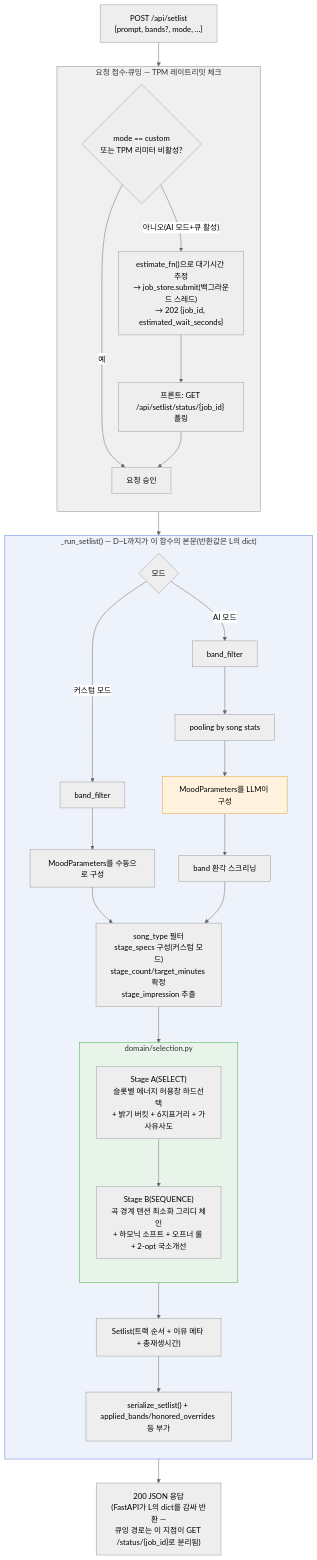
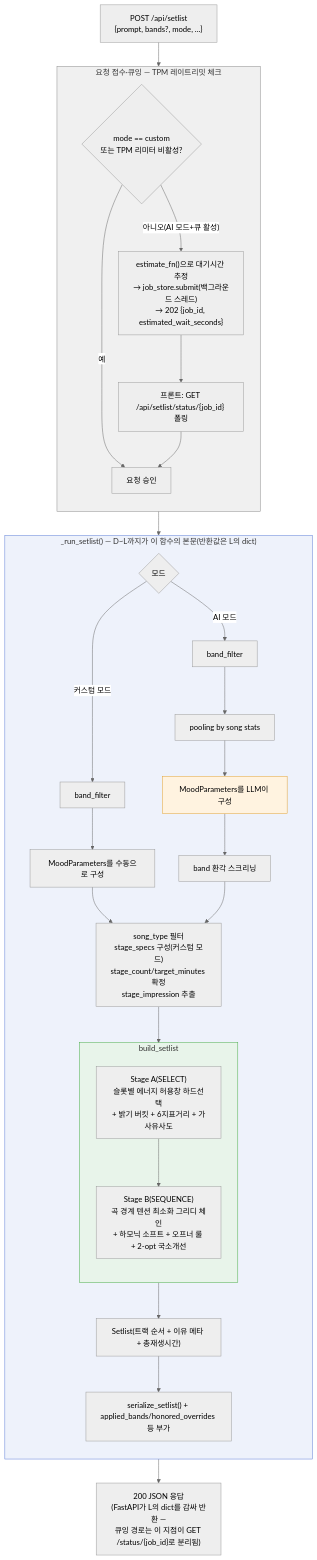
One commit to sbb2002/bandori-playlist-maker changed the first of 2 diagrams in archive/version/v2/01-prompt-to-playlist-flow.md. Above: the diagram before and after it, drawn with Mermaid (neutral theme).

Commit message:
docs(v2-flow): SEL 서브그래프 라벨을 'build_setlist'로 정정(이전 'domain/selection.py'는 오독)

````diff
--- a/archive/version/v2/01-prompt-to-playlist-flow.md
+++ b/archive/version/v2/01-prompt-to-playlist-flow.md
@@ -14,44 +14,44 @@
 ```mermaid
 flowchart TD
     A["POST /api/setlist<br/>{prompt, bands?, mode, ...}"] --> B
 
     subgraph INTAKE["요청 접수·큐잉 — TPM 레이트리밋 체크"]
         direction TB
         B{"mode == custom<br/>또는 TPM 리미터 비활성?"}
         B -- "예" --> APPROVE["요청 승인"]
         B -- "아니오(AI 모드+큐 활성)" --> Q["estimate_fn()으로 대기시간 추정<br/>→ job_store.submit(백그라운드 스레드)<br/>→ 202 {job_id, estimated_wait_seconds}"]
         Q --> QP["프론트: GET /api/setlist/status/{job_id} 폴링"]
         QP --> APPROVE
     end
 
     APPROVE --> RUN
 
     subgraph RUN["_run_setlist() — D~L까지가 이 함수의 본문(반환값은 L의 dict)"]
         direction TB
         E{"모드"}
         E -- "커스텀 모드" --> D1["band_filter"]
         D1 --> E1["MoodParameters를 수동으로 구성"]
         E -- "AI 모드" --> D2["band_filter"]
         D2 --> E2["pooling by song stats"]
         E2 --> LLM["MoodParameters를 LLM이 구성"]
         LLM --> G["band 환각 스크리닝"]
         E1 --> H
         G --> H["song_type 필터<br/>stage_specs 구성(커스텀 모드)<br/>stage_count/target_minutes 확정<br/>stage_impression 추출"]
         H --> SEL
 
-        subgraph SEL["domain/selection.py"]
+        subgraph SEL["build_setlist"]
             direction TB
             SA["Stage A(SELECT)<br/>슬롯별 에너지 허용창 하드선택<br/>+ 밝기 버킷 + 6지표거리 + 가사유사도"]
             SA --> SB["Stage B(SEQUENCE)<br/>곡 경계 텐션 최소화 그리디 체인<br/>+ 하모닉 소프트 + 오프너 룰 + 2-opt 국소개선"]
         end
         SEL --> K["Setlist(트랙 순서 + 이유 메타 + 총재생시간)"]
         K --> L["serialize_setlist() + applied_bands/honored_overrides 등 부가"]
     end
 
     RUN --> M["200 JSON 응답<br/>(FastAPI가 L의 dict를 감싸 반환 —<br/>큐잉 경로는 이 지점이 GET /status/{job_id}로 분리됨)"]
 
     style INTAKE fill:#f0f0f0,stroke:#888
     style RUN fill:#eef2fb,stroke:#5a7bd6
     style LLM fill:#fff3e0,stroke:#e0a030
     style SEL fill:#e8f4ea,stroke:#4a4
 ```
````
